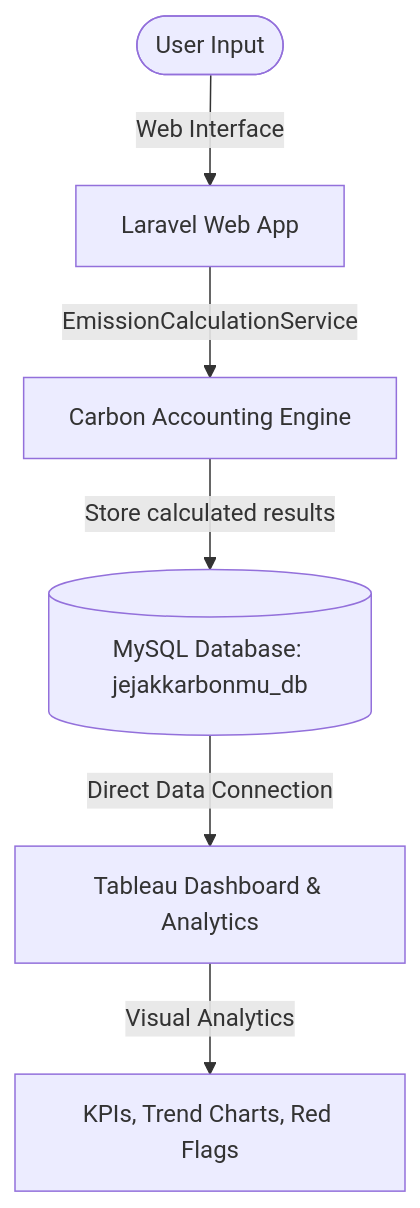
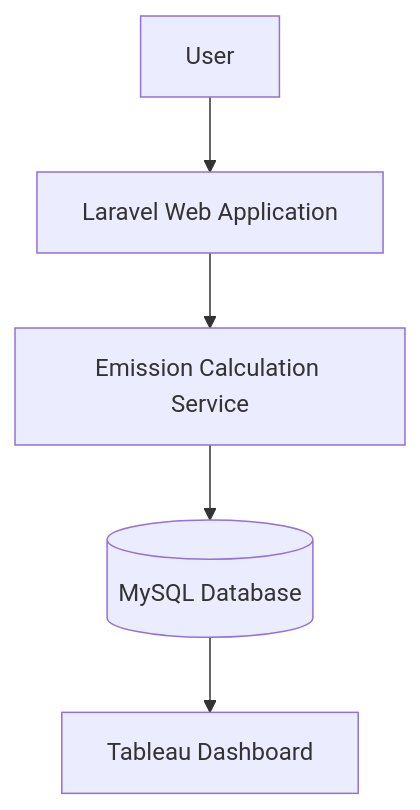
The diagram in CarbonManagement/README.md (BagusAbdulWahhab/koica-silla-university), drawn with Mermaid before and after one commit. The commit also changed other lines of this file, not shown here.

````diff
--- a/CarbonManagement/README.md
+++ b/CarbonManagement/README.md
@@ -18,8 +75,7 @@
-```mermaid
+``` mermaid
 graph TD
-    User([User Input]) -->|Web Interface| LaravelApp[Laravel Web App]
-    LaravelApp -->|EmissionCalculationService| CalEngine[Carbon Accounting Engine]
-    CalEngine -->|Store calculated results| MySQL[(MySQL Database: jejakkarbonmu_db)]
-    MySQL -->|Direct Data Connection| Tableau[Tableau Dashboard & Analytics]
-    Tableau -->|Visual Analytics| Insights[KPIs, Trend Charts, Red Flags]
+A[User] --> B[Laravel Web Application]
+B --> C[Emission Calculation Service]
+C --> D[(MySQL Database)]
+D --> E[Tableau Dashboard]
 ```
````
